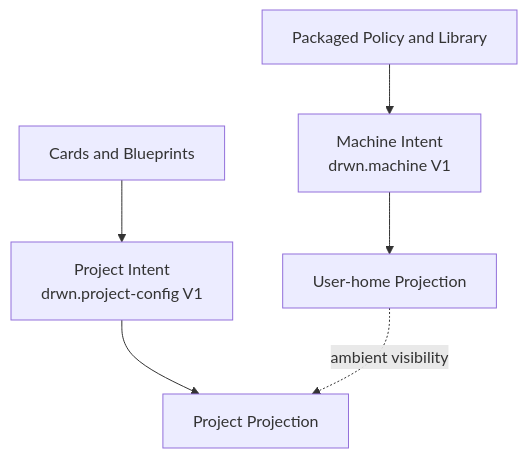
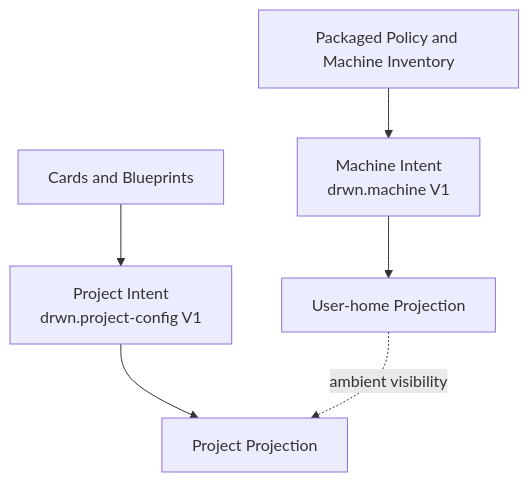
The diagram in docs-docusaurus/docs/concepts/layered-model.md (remyjkim/darwinian-worker), drawn with Mermaid before and after one commit. The commit also changed other lines of this file and 72 other files, not shown here.

Commit message:
docs(machine): publish the inventory lifecycle contract

````diff
--- a/docs-docusaurus/docs/concepts/layered-model.md
+++ b/docs-docusaurus/docs/concepts/layered-model.md
@@ -9,8 +9,8 @@
 ```mermaid
 flowchart TB
-    A[Packaged Policy and Library] --> B[Machine Intent<br/>drwn.machine V1]
+    A[Packaged Policy and Machine Inventory] --> B[Machine Intent<br/>drwn.machine V1]
     B --> C[User-home Projection]
     D[Cards and Blueprints] --> E[Project Intent<br/>drwn.project-config V1]
     E --> F[Project Projection]
     C -. ambient visibility .-> F
 ```
````
